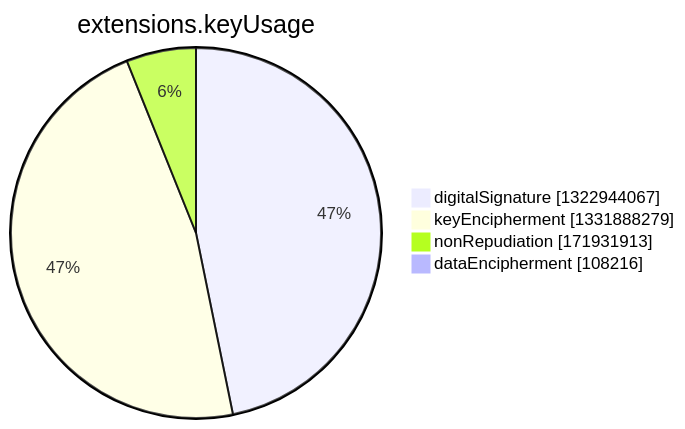
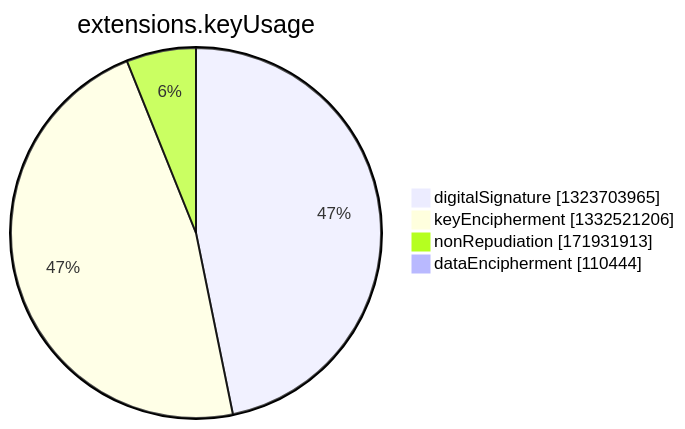
Before and after one commit to christiankrug/ctmonitor_visualization: the seventh of 15 diagrams in argon2022/README.md, drawn with Mermaid. The commit also changed other lines of this file, not shown here.

````diff
--- a/argon2022/README.md
+++ b/argon2022/README.md
@@ -2750,8 +2750,8 @@
 ```mermaid
 pie showData
 title extensions.keyUsage
-"digitalSignature" :1322944067
-"keyEncipherment" :1331888279
+"digitalSignature" :1323703965
+"keyEncipherment" :1332521206
 "nonRepudiation" :171931913
-"dataEncipherment" :108216
+"dataEncipherment" :110444
 ```
````
